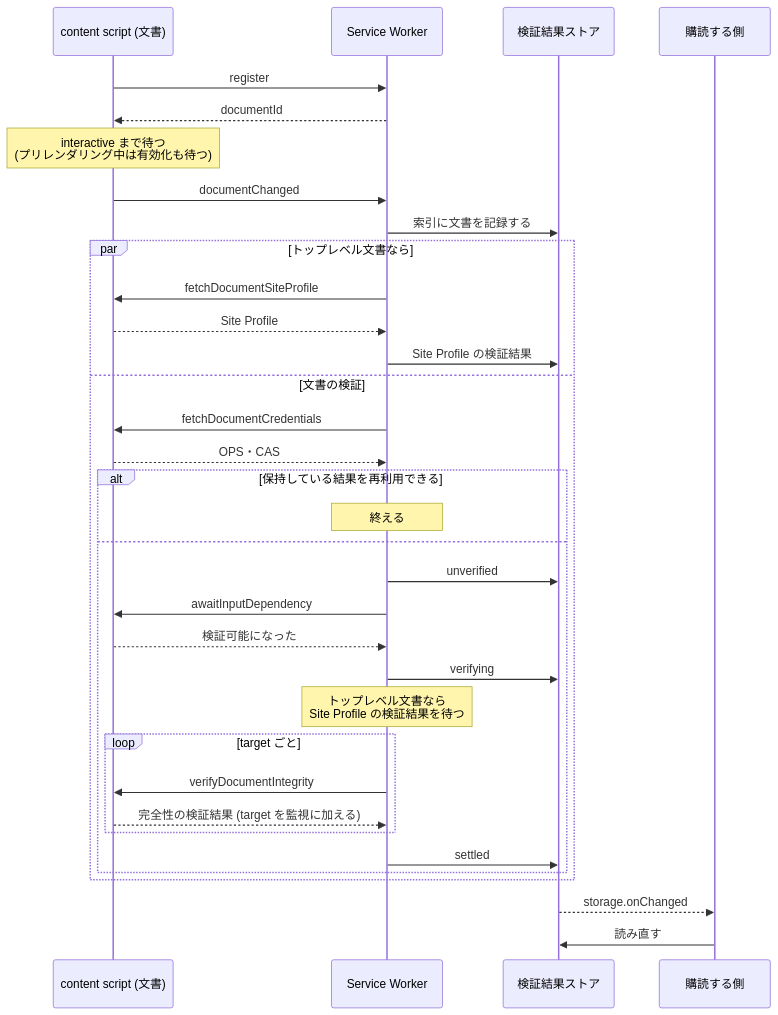
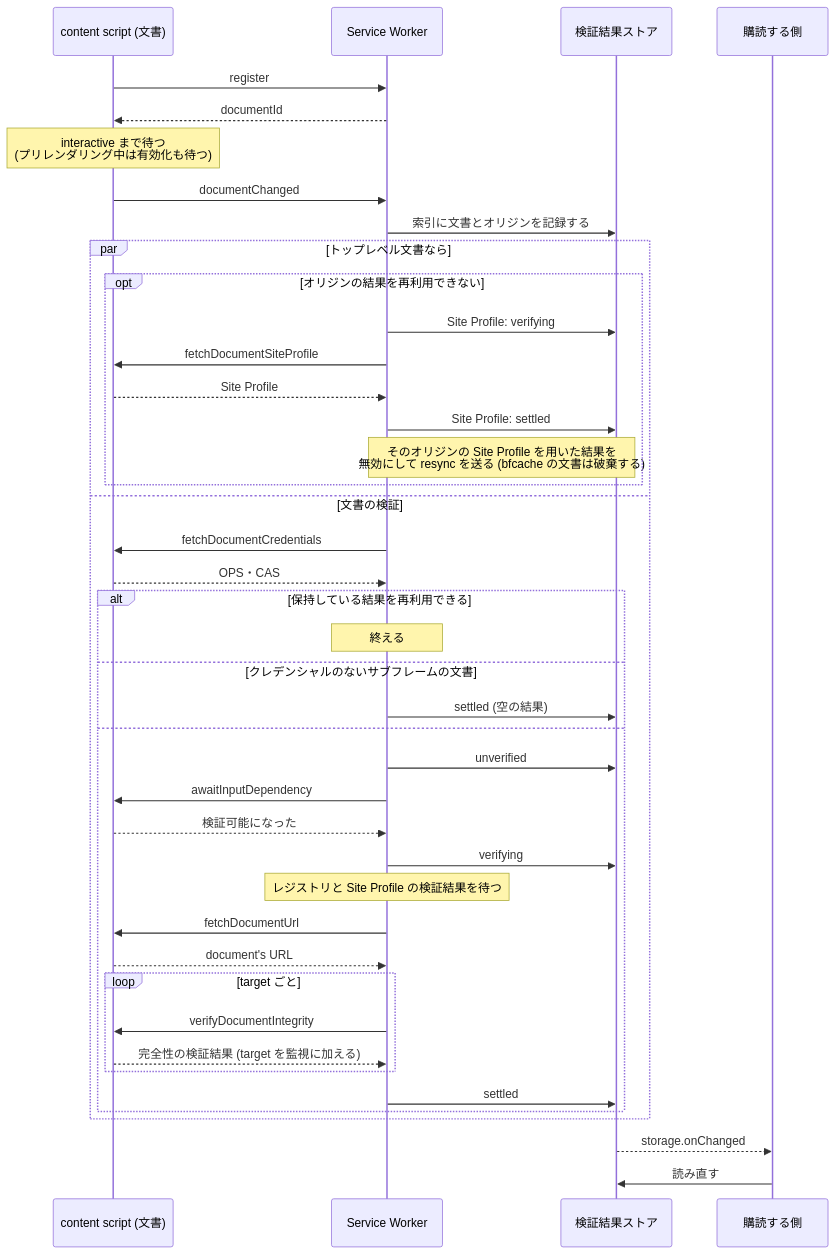
Before and after one commit to originator-profile/originator-profile: the first of 2 diagrams in packages/extension-common/src/verification/README.md, drawn with Mermaid. The commit also changed other lines of this file and 43 other files, not shown here.

````diff
--- a/packages/extension-common/src/verification/README.md
+++ b/packages/extension-common/src/verification/README.md
@@ -24,37 +24,45 @@
 ```mermaid
 sequenceDiagram
 participant CS as content script (文書)
 participant SW as Service Worker
 participant Store as 検証結果ストア
 participant Sub as 購読する側
 
 CS->>SW: register
 SW-->>CS: documentId
 Note over CS: interactive まで待つ<br/>(プリレンダリング中は有効化も待つ)
 CS->>SW: documentChanged
-SW->>Store: 索引に文書を記録する
+SW->>Store: 索引に文書とオリジンを記録する
 par トップレベル文書なら
-  SW->>CS: fetchDocumentSiteProfile
-  CS-->>SW: Site Profile
-  SW->>Store: Site Profile の検証結果
+  opt オリジンの結果を再利用できない
+    SW->>Store: Site Profile: verifying
+    SW->>CS: fetchDocumentSiteProfile
+    CS-->>SW: Site Profile
+    SW->>Store: Site Profile: settled
+    Note over SW,Store: そのオリジンの Site Profile を用いた結果を<br/>無効にして resync を送る (bfcache の文書は破棄する)
+  end
 and 文書の検証
   SW->>CS: fetchDocumentCredentials
   CS-->>SW: OPS・CAS
   alt 保持している結果を再利用できる
     Note over SW: 終える
+  else クレデンシャルのないサブフレームの文書
+    SW->>Store: settled (空の結果)
   else
     SW->>Store: unverified
     SW->>CS: awaitInputDependency
     CS-->>SW: 検証可能になった
     SW->>Store: verifying
-    Note over SW: トップレベル文書なら<br/>Site Profile の検証結果を待つ
+    Note over SW: レジストリと Site Profile の検証結果を待つ
+    SW->>CS: fetchDocumentUrl
+    CS-->>SW: document's URL
     loop target ごと
       SW->>CS: verifyDocumentIntegrity
       CS-->>SW: 完全性の検証結果 (target を監視に加える)
     end
     SW->>Store: settled
   end
 end
 Store-->>Sub: storage.onChanged
 Sub->>Store: 読み直す
 ```
````
